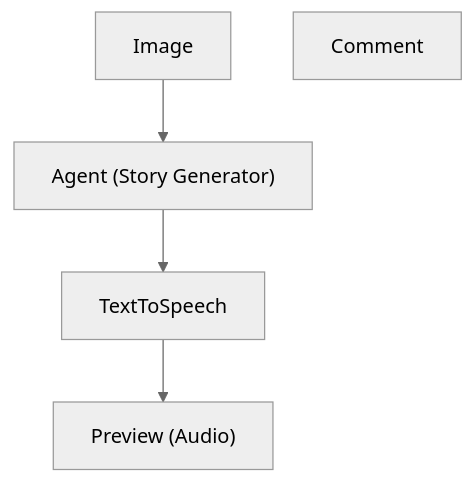
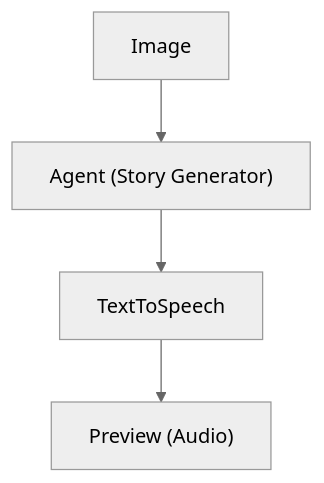
One commit to nodetool-ai/nodetool changed the second of 11 diagrams in docs/cookbook/patterns.md. Above: the diagram before and after it, drawn with Mermaid (neutral theme). The commit also changed other lines of this file and 18 other files, not shown here.

```diff
--- a/docs/cookbook/patterns.md
+++ b/docs/cookbook/patterns.md
@@ -51,11 +49,10 @@
 {% mermaid %}
 graph TD
   image_input["Image"]
   agent_story["Agent (Story Generator)"]
   preview_audio["Preview (Audio)"]
-  comment_workflow["Comment"]
   text_to_speech["TextToSpeech"]
   image_input --> agent_story
   agent_story --> text_to_speech
   text_to_speech --> preview_audio
 {% endmermaid %}
```
